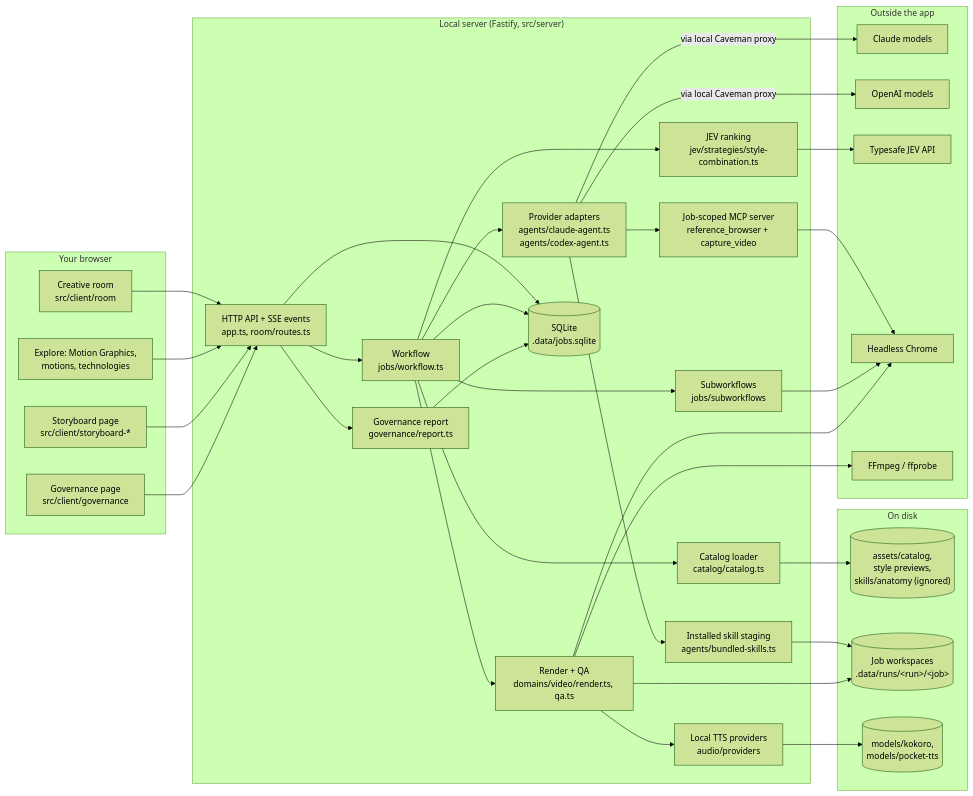
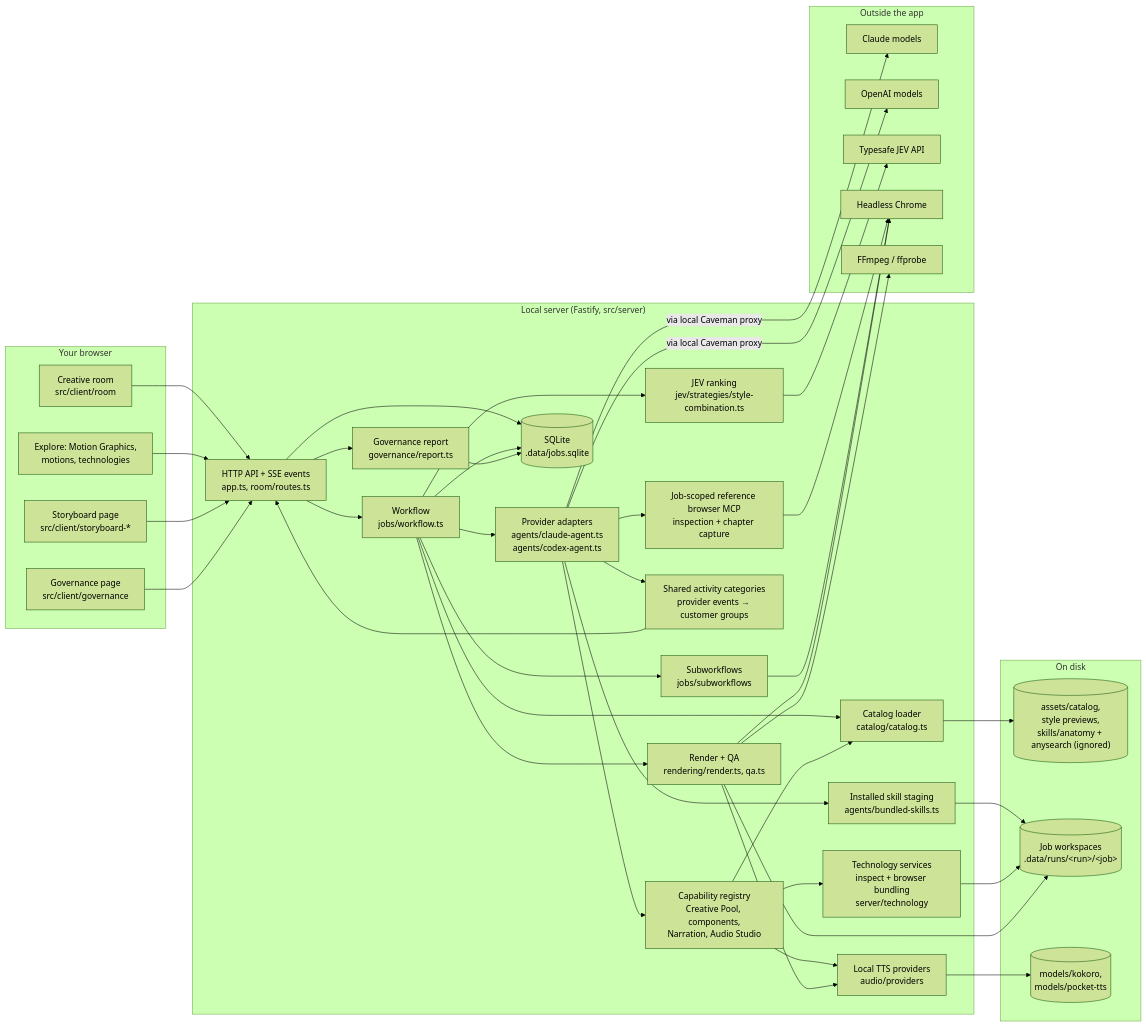
Before and after one commit to delexw/kiteva: the first of 13 diagrams in docs/architecture.md, drawn with Mermaid (forest theme). The commit also changed other lines of this file and 62 other files, not shown here.

````diff
--- a/docs/architecture.md
+++ b/docs/architecture.md
@@ -16,67 +16,77 @@
 ```mermaid
 flowchart LR
   subgraph Browser["Your browser"]
     Room["Creative room<br/>src/client/room"]
     Galleries["Explore: Motion Graphics,<br/>motions, technologies"]
     Storyboard["Storyboard page<br/>src/client/storyboard-*"]
     Gov["Governance page<br/>src/client/governance"]
   end
 
   subgraph Server["Local server (Fastify, src/server)"]
     API["HTTP API + SSE events<br/>app.ts, room/routes.ts"]
     WF["Workflow<br/>jobs/workflow.ts"]
     Sub["Subworkflows<br/>jobs/subworkflows"]
     Catalog["Catalog loader<br/>catalog/catalog.ts"]
     Rank["JEV ranking<br/>jev/strategies/style-combination.ts"]
     Providers["Provider adapters<br/>agents/claude-agent.ts<br/>agents/codex-agent.ts"]
     Skills["Installed skill staging<br/>agents/bundled-skills.ts"]
-    RefMCP["Job-scoped MCP server<br/>reference_browser + capture_video"]
-    Render["Render + QA<br/>domains/video/render.ts, qa.ts"]
+    RefMCP["Job-scoped reference browser MCP<br/>inspection + chapter capture"]
+    Capabilities["Capability registry<br/>Creative Pool, components,<br/>Narration, Audio Studio"]
+    Technology["Technology services<br/>inspect + browser bundling<br/>server/technology"]
+    Activity["Shared activity categories<br/>provider events → customer groups"]
+    Render["Render + QA<br/>rendering/render.ts, qa.ts"]
     Speech["Local TTS providers<br/>audio/providers"]
     Store[("SQLite<br/>.data/jobs.sqlite")]
     GovR["Governance report<br/>governance/report.ts"]
   end
 
   subgraph Local["On disk"]
-    Assets[("assets/catalog,<br/>style previews,<br/>skills/anatomy (ignored)")]
+    Assets[("assets/catalog,<br/>style previews,<br/>skills/anatomy + anysearch (ignored)")]
     Work[("Job workspaces<br/>.data/runs/&lt;run&gt;/&lt;job&gt;")]
     Models[("models/kokoro,<br/>models/pocket-tts")]
   end
 
   subgraph External["Outside the app"]
     Claude["Claude models"]
     Codex["OpenAI models"]
     JEV["Typesafe JEV API"]
     Chrome["Headless Chrome"]
     FF["FFmpeg / ffprobe"]
   end
 
   Room --> API
   Galleries --> API
   Storyboard --> API
   Gov --> API
   API --> WF
   API --> Store
   API --> GovR
   WF --> Catalog
   WF --> Rank
   WF --> Sub
   WF --> Providers
   WF --> Render
   WF --> Store
   Catalog --> Assets
   Providers --> Skills
   Skills --> Work
   Providers --> RefMCP
+  Providers --> Capabilities
+  Capabilities --> Catalog
+  Capabilities --> Technology
+  Capabilities --> Speech
+  Technology --> Work
+  Providers --> Activity
+  Activity --> API
   Providers -- "via local Caveman proxy" --> Claude
   Providers -- "via local Caveman proxy" --> Codex
   Rank --> JEV
   RefMCP --> Chrome
   Sub --> Chrome
   Render --> Chrome
   Render --> FF
   Render --> Speech
   Speech --> Models
   Render --> Work
   GovR --> Store
 ```
````
